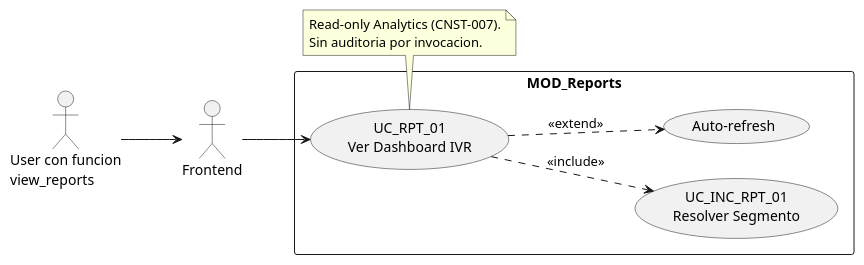
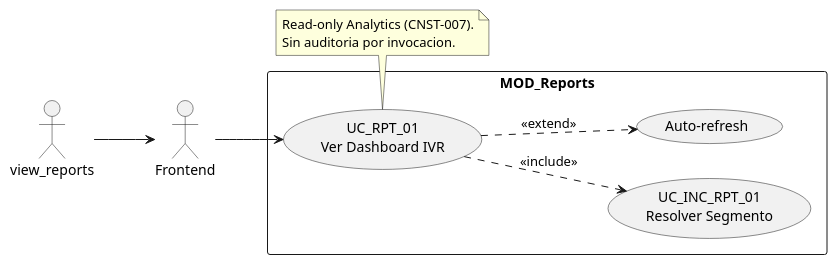
The first of 4 diagrams in source/requisitos/casos-uso/reports/uc-rpt-01/diagramas-uml.rst (jcg-admin/IACT-docs), drawn with PlantUML before and after one commit. The commit also changed 77 other files, not shown here.

First line of the commit message:
Enforce RBAC function names as actors in all UML diagrams

```diff
--- a/source/requisitos/casos-uso/reports/uc-rpt-01/diagramas-uml.rst
+++ b/source/requisitos/casos-uso/reports/uc-rpt-01/diagramas-uml.rst
@@ -10,26 +10,26 @@
 .. uml::
  :caption: UC_RPT_01 — dashboard
 
  @startuml
  left to right direction
 
- actor "User con funcion\nview_reports" as USR
+ actor "view_reports" as USR
  actor "Frontend" as FE
 
  rectangle "MOD_Reports" {
    usecase "UC_INC_RPT_01\nResolver Segmento" as INC
    usecase "UC_RPT_01\nVer Dashboard IVR" as UC01
    usecase "Auto-refresh" as REF
  }
 
  USR --> FE
  FE --> UC01
  UC01 ..> INC : <<include>>
  UC01 ..> REF : <<extend>>
 
  note bottom of UC01
    Read-only Analytics (CNST-007).
    Sin auditoria por invocacion.
  end note
 
  @enduml
```
